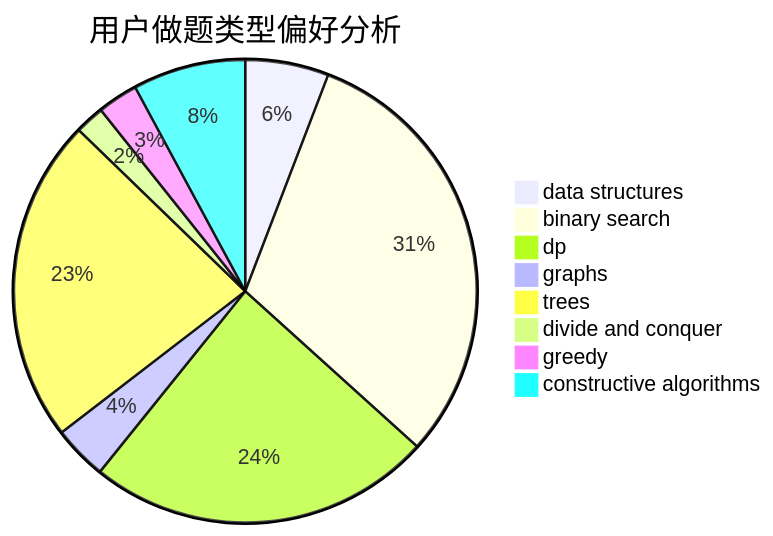
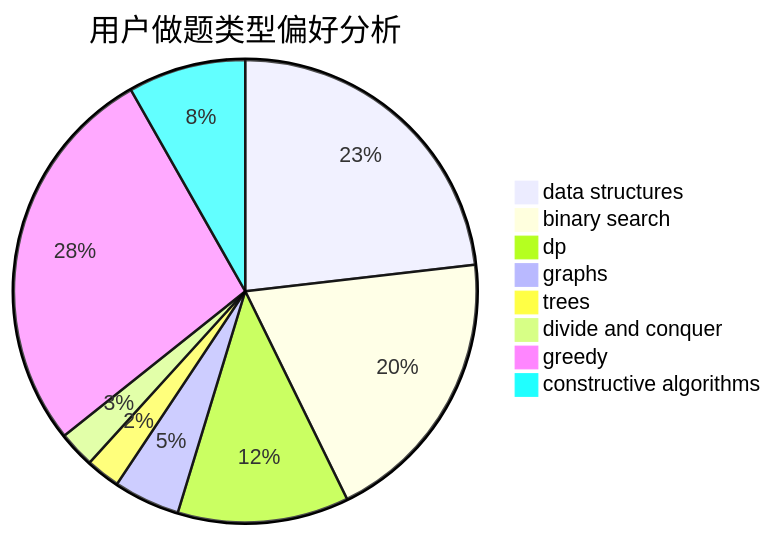
The second of 3 diagrams in docs/user/u1738.md (sherpahu/cfrs.github.io), drawn with Mermaid before and after one commit. The commit also changed other lines of this file and 2770 other files, not shown here.

````diff
--- a/docs/user/u1738.md
+++ b/docs/user/u1738.md
@@ -23,11 +23,11 @@
 ```mermaid
 pie title 用户做题类型偏好分析
-    "data structures" :  37
-    "binary search" :  196
-    "dp" :  153
-    "graphs" :  24
-    "trees" :  144
-    "divide and conquer" :  13
-    "greedy" :  18
-    "constructive algorithms" :  50
+    "data structures" :  155
+    "binary search" :  131
+    "dp" :  80
+    "graphs" :  31
+    "trees" :  16
+    "divide and conquer" :  17
+    "greedy" :  184
+    "constructive algorithms" :  55
 ```
````
